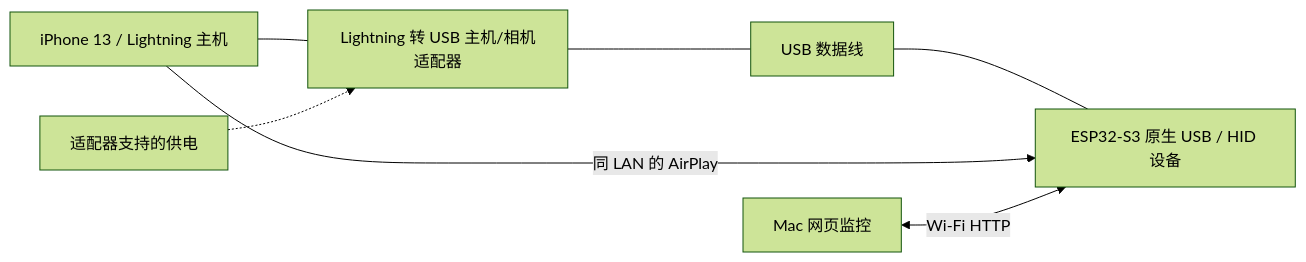
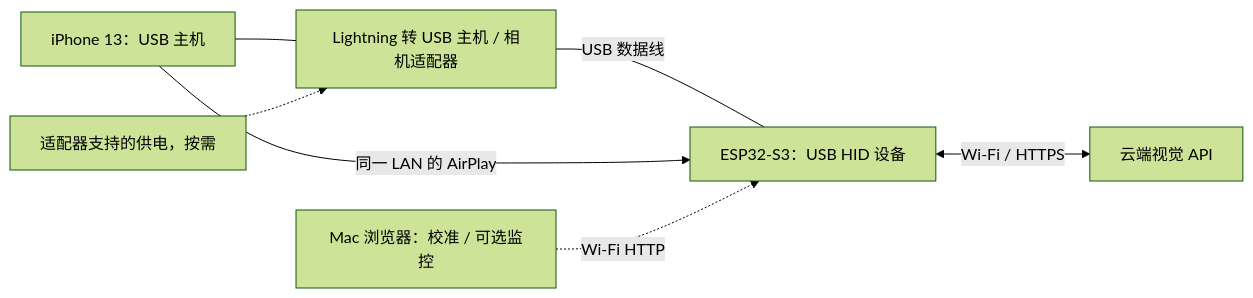
The second of 2 diagrams in docs/guide/hardware.md (InfronAI/esp32-iphone-agent), drawn with Mermaid (forest theme) before and after one commit. The commit also changed other lines of this file and 12 other files, not shown here.

````diff
--- a/docs/guide/hardware.md
+++ b/docs/guide/hardware.md
@@ -48,9 +101,9 @@
 ```mermaid
 flowchart LR
-    Phone["iPhone 13 / Lightning 主机"] --- Adapter["Lightning 转 USB 主机/相机适配器"]
-    Adapter --- Cable["USB 数据线"]
-    Cable --- Board["ESP32-S3 原生 USB / HID 设备"]
-    Power["适配器支持的供电"] -.-> Adapter
-    Phone -->|"同 LAN 的 AirPlay"| Board
-    Mac["Mac 网页监控"] <-->|"Wi-Fi HTTP"| Board
+    Phone["iPhone 13：USB 主机"] --- Adapter["Lightning 转 USB 主机 / 相机适配器"]
+    Adapter ---|"USB 数据线"| Board["ESP32-S3：USB HID 设备"]
+    Power["适配器支持的供电，按需"] -.-> Adapter
+    Phone -->|"同一 LAN 的 AirPlay"| Board
+    Board <-->|"Wi-Fi / HTTPS"| Cloud["云端视觉 API"]
+    Mac["Mac 浏览器：校准 / 可选监控"] -.->|"Wi-Fi HTTP"| Board
 ```
````
